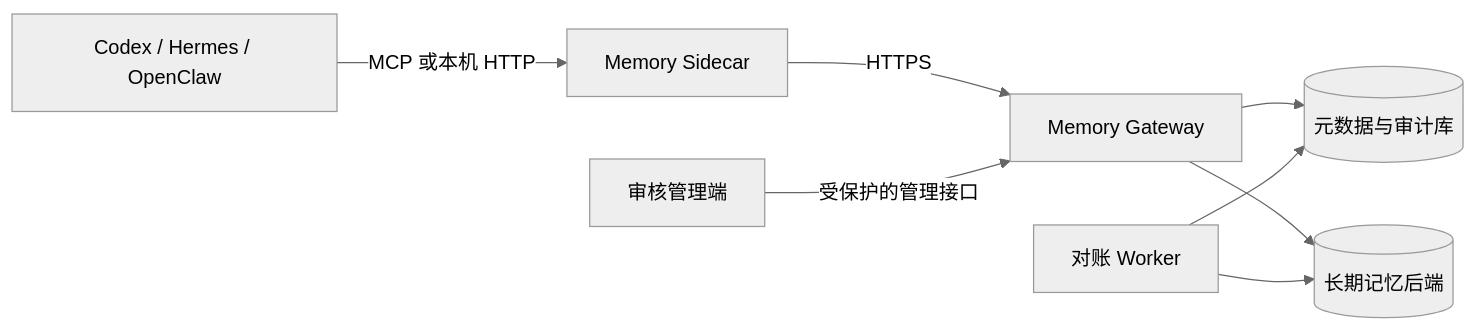
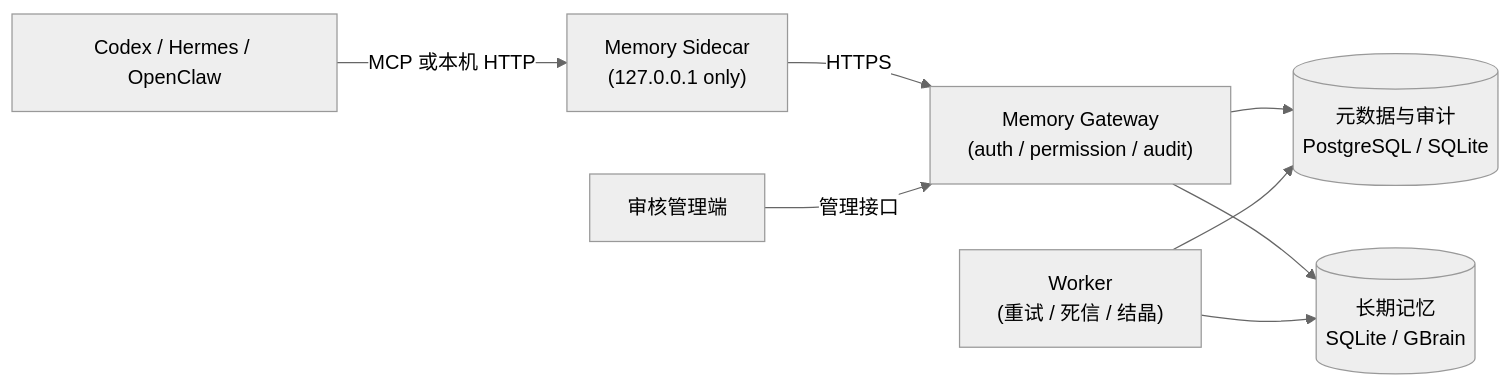
One commit to Buildlee/agent-memory-gateway changed the diagram in README.md. Above: the diagram before and after it, drawn with Mermaid (neutral theme). The commit also changed other lines of this file and 8 other files, not shown here.

````diff
--- a/README.md
+++ b/README.md
@@ -133,10 +52,10 @@
 ```mermaid
 flowchart LR
-  A["Codex / Hermes / OpenClaw"] -->|"MCP 或本机 HTTP"| S["Memory Sidecar"]
-  S -->|"HTTPS"| G["Memory Gateway"]
-  G --> M[("元数据与审计库")]
-  G --> B[("长期记忆后端")]
-  W["对账 Worker"] --> M
+  A["Codex / Hermes / OpenClaw"] -->|MCP 或本机 HTTP| S["Memory Sidecar<br/>(127.0.0.1 only)"]
+  S -->|HTTPS| G["Memory Gateway<br/>(auth / permission / audit)"]
+  G --> M[("元数据与审计<br/>PostgreSQL / SQLite")]
+  G --> B[("长期记忆<br/>SQLite / GBrain")]
+  W["Worker<br/>(重试 / 死信 / 结晶)"] --> M
   W --> B
-  R["审核管理端"] -->|"受保护的管理接口"| G
+  R["审核管理端"] -->|管理接口| G
 ```
````
